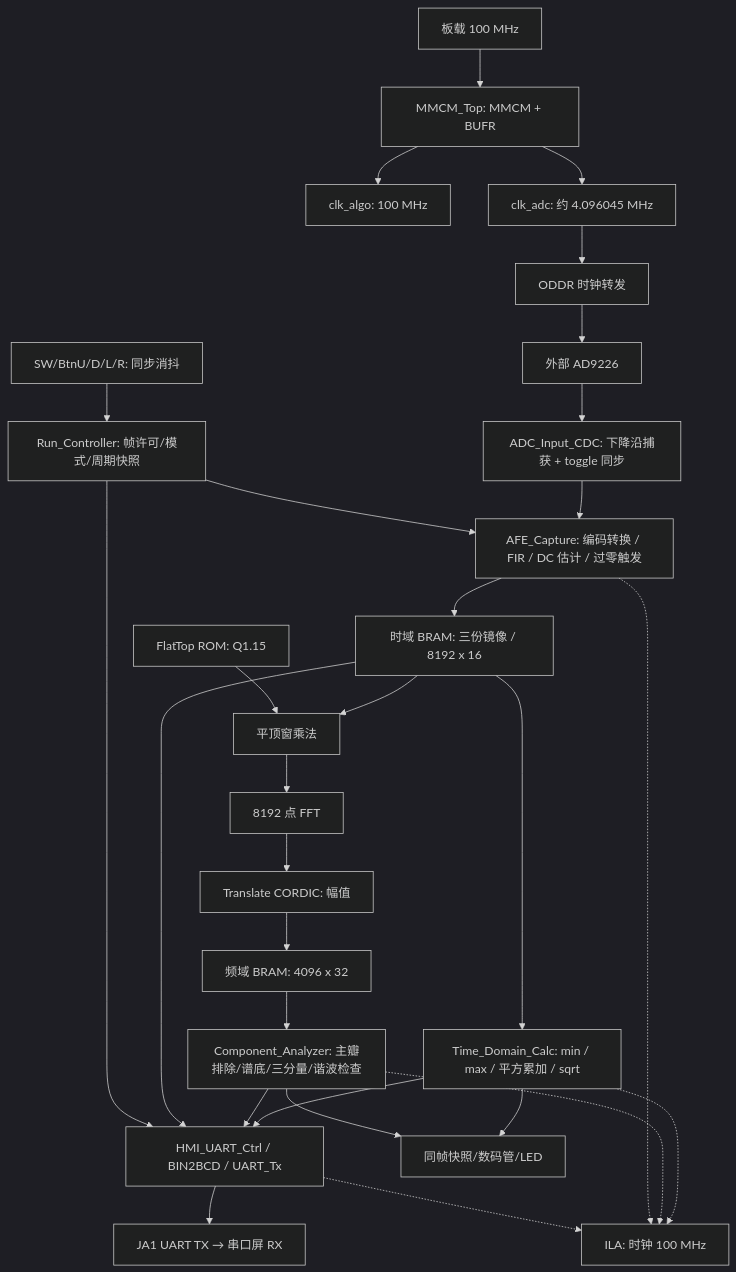
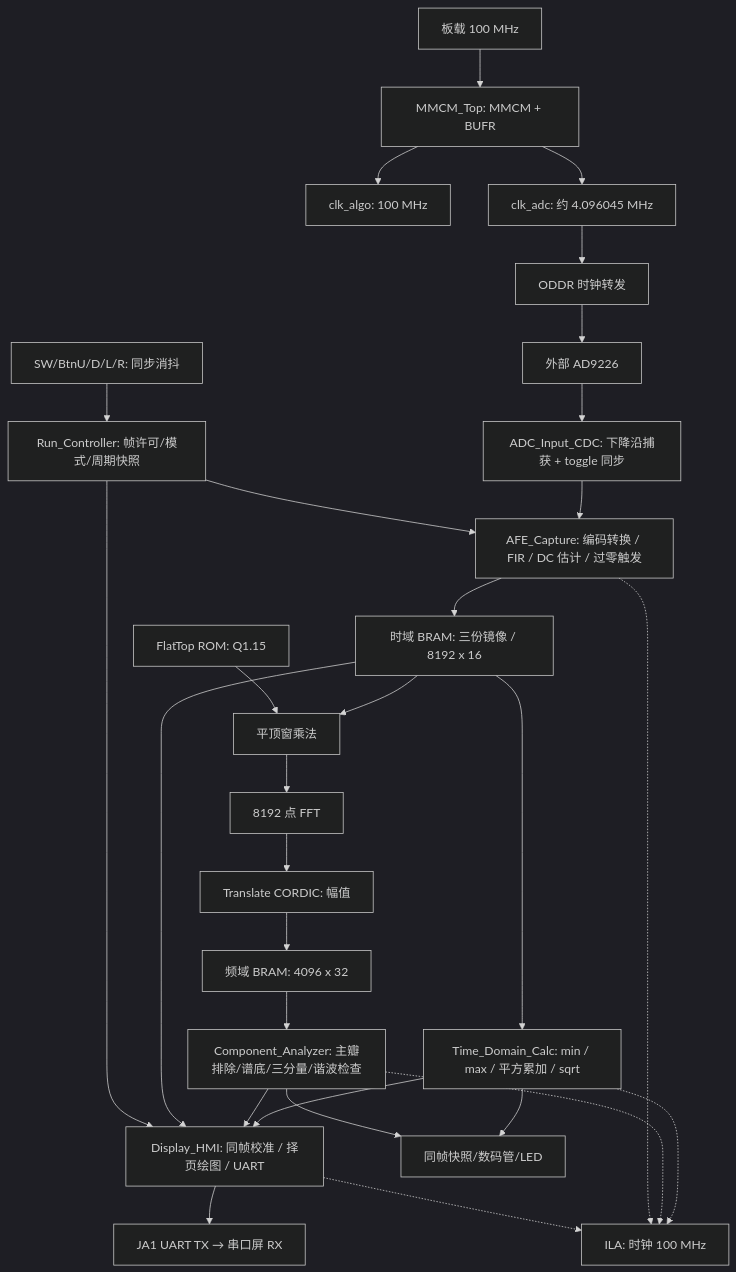
One commit to lyk82468246/NUEDC-2026-G-Artix7-Basys3 changed the diagram in README.md. Above: the diagram before and after it, drawn with Mermaid (dark theme). The commit also changed other lines of this file and 21 other files, not shown here.

Commit message:
Integrate calibrated dual-page FPGA display and verify UART frame ownership

````diff
--- a/README.md
+++ b/README.md
@@ -86,31 +86,31 @@
 ```mermaid
 flowchart TD
     OSC[板载 100 MHz] --> CLK[MMCM_Top: MMCM + BUFR]
     CLK --> ALG[clk_algo: 100 MHz]
     CLK --> ADC_CLK[clk_adc: 约 4.096045 MHz]
     ADC_CLK --> ODDR[ODDR 时钟转发]
     ODDR --> ADC[外部 AD9226]
     ADC --> CDC[ADC_Input_CDC: 下降沿捕获 + toggle 同步]
     CDC --> AFE[AFE_Capture: 编码转换 / FIR / DC 估计 / 过零触发]
     AFE --> TIME[时域 BRAM: 三份镜像 / 8192 x 16]
     TIME --> CALC[Time_Domain_Calc: min / max / 平方累加 / sqrt]
     TIME --> WIN[平顶窗乘法]
     ROM[FlatTop ROM: Q1.15] --> WIN
     WIN --> FFT[8192 点 FFT]
     FFT --> MAG[Translate CORDIC: 幅值]
     MAG --> FREQ[频域 BRAM: 4096 x 32]
     FREQ --> PEAK[Component_Analyzer: 主瓣排除/谱底/三分量/谐波检查]
-    CALC --> HMI[HMI_UART_Ctrl / BIN2BCD / UART_Tx]
+    CALC --> HMI[Display_HMI: 同帧校准 / 择页绘图 / UART]
     PEAK --> HMI
     TIME --> HMI
     BTN[SW/BtnU/D/L/R: 同步消抖] --> RUN[Run_Controller: 帧许可/模式/周期快照]
     RUN --> AFE
     RUN --> HMI
     CALC --> PANEL[同帧快照/数码管/LED]
     PEAK --> PANEL
     HMI --> SCREEN[JA1 UART TX → 串口屏 RX]
     CALC -.-> ILA[ILA: 时钟 100 MHz]
     PEAK -.-> ILA
     AFE -.-> ILA
     HMI -.-> ILA
 ```
````
